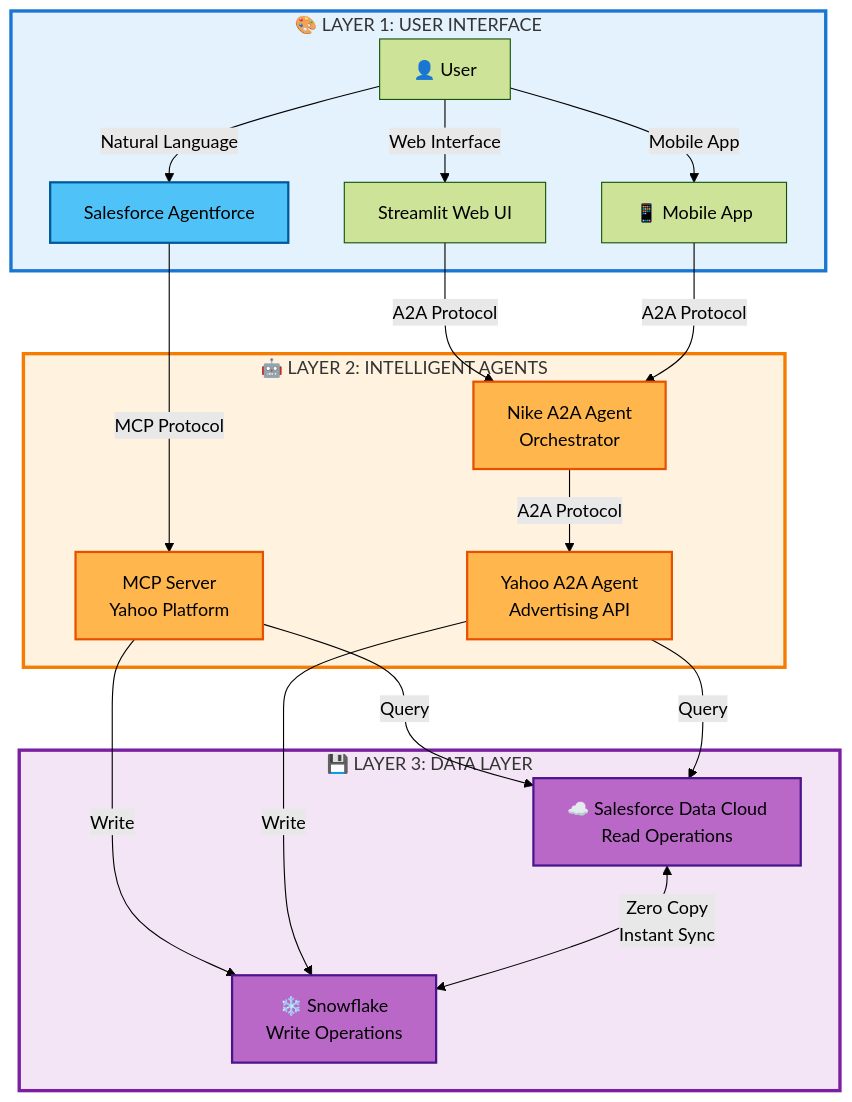
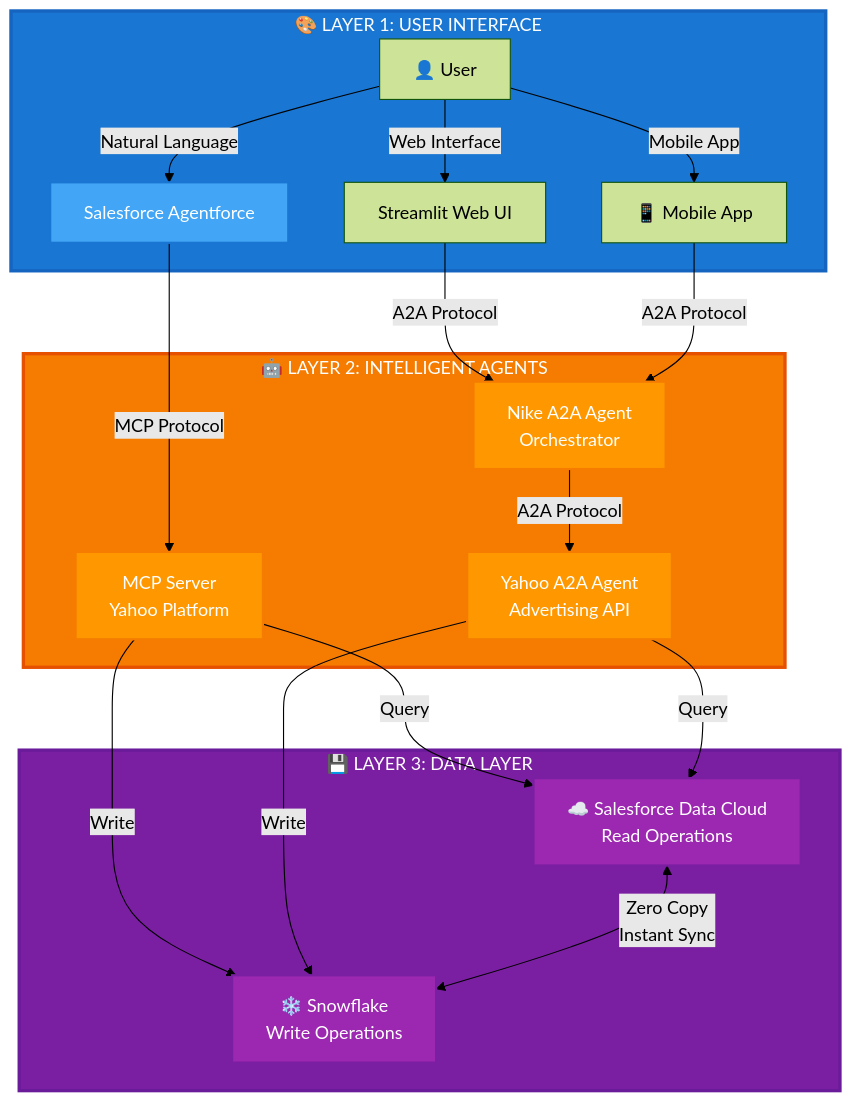
One commit to arupsarkar-sfdc/admcp-media-app changed the first of 3 diagrams in TECHNOLOGY_BUSINESS_VISION.md. Above: the diagram before and after it, drawn with Mermaid (forest theme). The commit also changed other lines of this file, not shown here.

Commit message:
Fix: Color scheme

````diff
--- a/TECHNOLOGY_BUSINESS_VISION.md
+++ b/TECHNOLOGY_BUSINESS_VISION.md
@@ -87,48 +87,48 @@
 ```mermaid
 graph TB
     subgraph Layer1["🎨 LAYER 1: USER INTERFACE"]
         User[👤 User]
         Agentforce[Salesforce Agentforce]
         Streamlit[Streamlit Web UI]
         Mobile[📱 Mobile App]
     end
     
     subgraph Layer2["🤖 LAYER 2: INTELLIGENT AGENTS"]
         MCP[MCP Server<br/>Yahoo Platform]
         NikeAgent[Nike A2A Agent<br/>Orchestrator]
         YahooAgent[Yahoo A2A Agent<br/>Advertising API]
     end
     
     subgraph Layer3["💾 LAYER 3: DATA LAYER"]
         DataCloud[☁️ Salesforce Data Cloud<br/>Read Operations]
         Snowflake[❄️ Snowflake<br/>Write Operations]
     end
     
     User -->|Natural Language| Agentforce
     User -->|Web Interface| Streamlit
     User -->|Mobile App| Mobile
     
     Agentforce -->|MCP Protocol| MCP
     Streamlit -->|A2A Protocol| NikeAgent
     Mobile -->|A2A Protocol| NikeAgent
     
     MCP -->|Query| DataCloud
     MCP -->|Write| Snowflake
     
     NikeAgent -->|A2A Protocol| YahooAgent
     YahooAgent -->|Query| DataCloud
     YahooAgent -->|Write| Snowflake
     
     DataCloud <-->|Zero Copy<br/>Instant Sync| Snowflake
     
-    style Layer1 fill:#e3f2fd,stroke:#1976d2,stroke-width:3px
-    style Layer2 fill:#fff3e0,stroke:#f57c00,stroke-width:3px
-    style Layer3 fill:#f3e5f5,stroke:#7b1fa2,stroke-width:3px
+    style Layer1 fill:#1976d2,stroke:#1565c0,stroke-width:3px,color:#fff
+    style Layer2 fill:#f57c00,stroke:#e65100,stroke-width:3px,color:#fff
+    style Layer3 fill:#7b1fa2,stroke:#6a1b9a,stroke-width:3px,color:#fff
     
-    style Agentforce fill:#4fc3f7,stroke:#01579b,stroke-width:2px
-    style MCP fill:#ffb74d,stroke:#e65100,stroke-width:2px
-    style NikeAgent fill:#ffb74d,stroke:#e65100,stroke-width:2px
-    style YahooAgent fill:#ffb74d,stroke:#e65100,stroke-width:2px
-    style DataCloud fill:#ba68c8,stroke:#4a148c,stroke-width:2px
-    style Snowflake fill:#ba68c8,stroke:#4a148c,stroke-width:2px
+    style Agentforce fill:#42a5f5,stroke:#1976d2,stroke-width:2px,color:#fff
+    style MCP fill:#ff9800,stroke:#f57c00,stroke-width:2px,color:#fff
+    style NikeAgent fill:#ff9800,stroke:#f57c00,stroke-width:2px,color:#fff
+    style YahooAgent fill:#ff9800,stroke:#f57c00,stroke-width:2px,color:#fff
+    style DataCloud fill:#9c27b0,stroke:#7b1fa2,stroke-width:2px,color:#fff
+    style Snowflake fill:#9c27b0,stroke:#7b1fa2,stroke-width:2px,color:#fff
 ```
````
